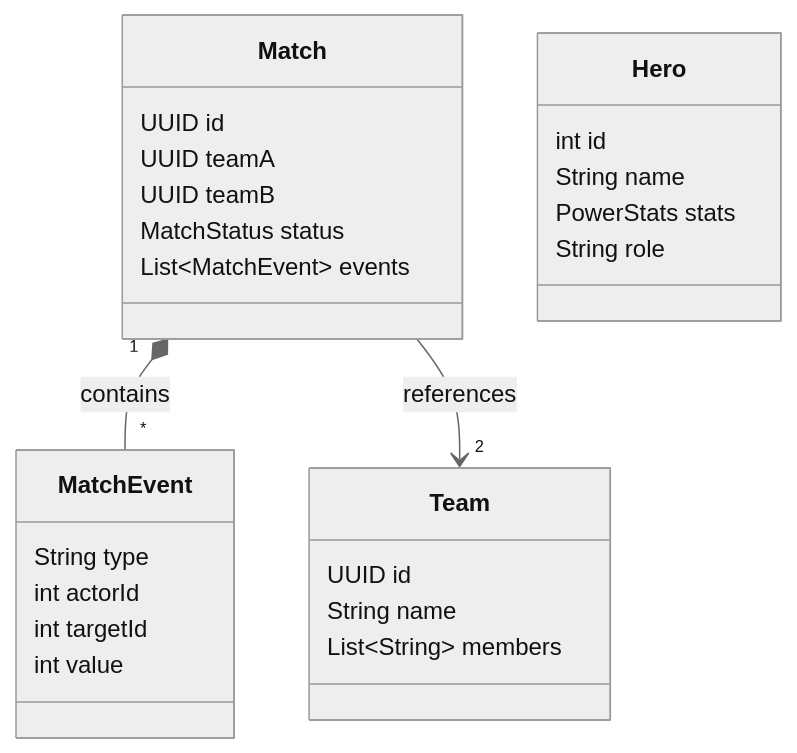
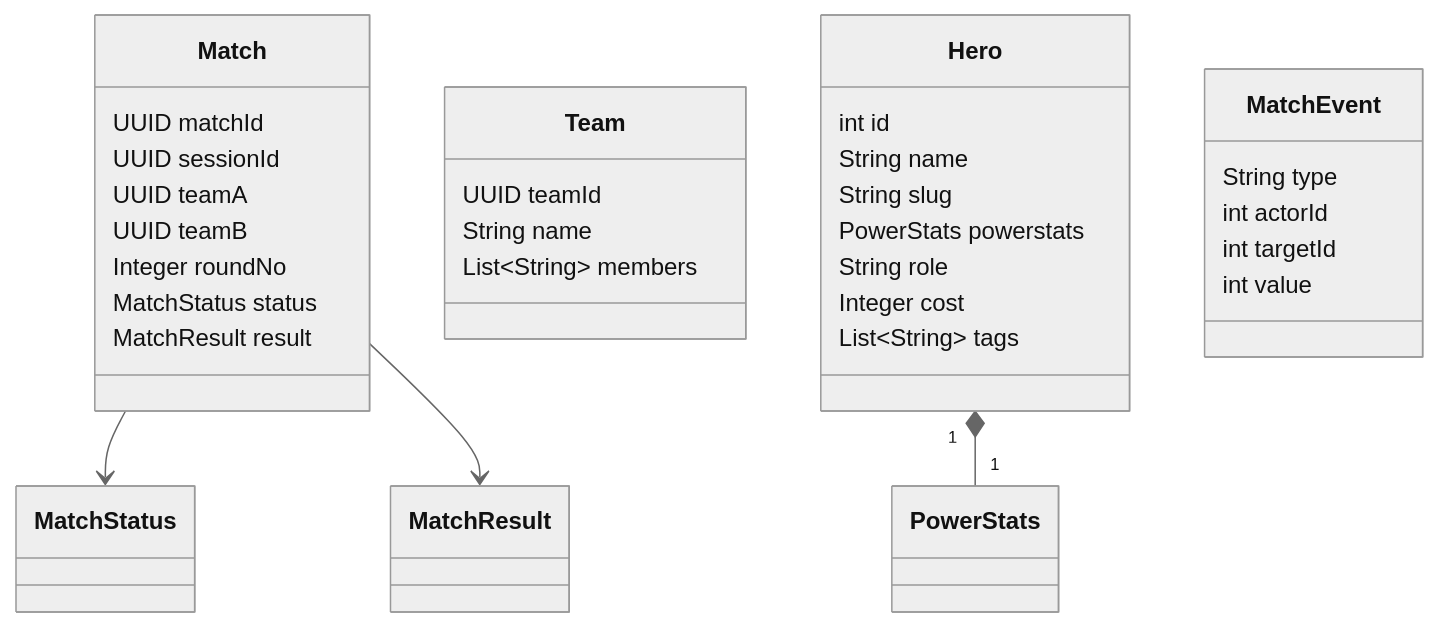
The sixth of 6 diagrams in README.md (anyulled/superhero-battle-arena), drawn with Mermaid (neutral theme) before and after one commit. The commit also changed other lines of this file, not shown here.

Commit message:
docs: Update README with squad submission phase, detailed battle flow, refined domain model, and new command-line tools.

````diff
--- a/README.md
+++ b/README.md
@@ -174,33 +193,39 @@
 ```mermaid
 classDiagram
     class Match {
-        UUID id
+        UUID matchId
+        UUID sessionId
         UUID teamA
         UUID teamB
+        Integer roundNo
         MatchStatus status
-        List~MatchEvent~ events
+        MatchResult result
     }
     
     class Team {
-        UUID id
+        UUID teamId
         String name
         List~String~ members
     }
     
     class Hero {
         int id
         String name
-        PowerStats stats
+        String slug
+        PowerStats powerstats
         String role
+        Integer cost
+        List~String~ tags
     }
     
     class MatchEvent {
         String type
         int actorId
         int targetId
         int value
     }
     
-    Match "1" *-- "*" MatchEvent : contains
-    Match --> "2" Team : references
+    Match --> MatchStatus
+    Match --> MatchResult
+    Hero "1" *-- "1" PowerStats
 ```
````
